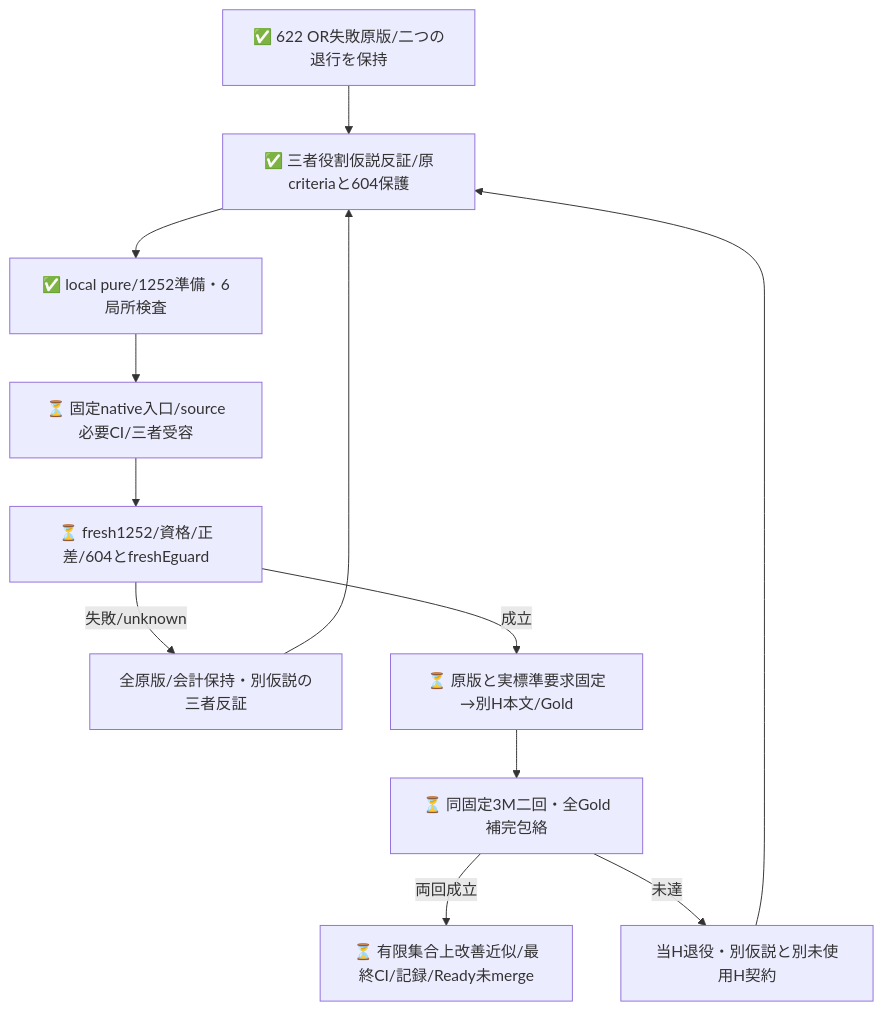
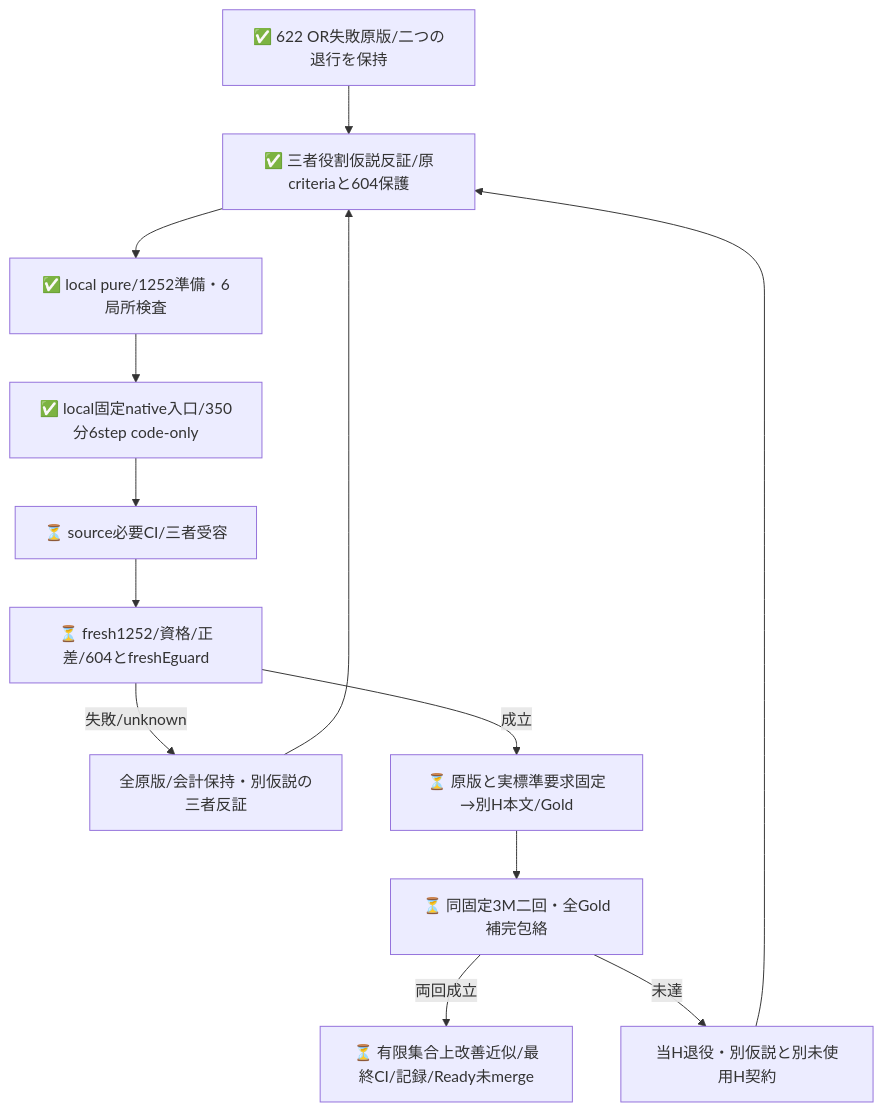
Before and after one commit to roccho-org/ops: the diagram in experiments/sys1-eval-loop/expectation-role/README.md, drawn with Mermaid. The commit also changed other lines of this file and 15 other files, not shown here.

````diff
--- a/experiments/sys1-eval-loop/expectation-role/README.md
+++ b/experiments/sys1-eval-loop/expectation-role/README.md
@@ -13,14 +13,15 @@
 ```mermaid
 flowchart TB
   A[✅ 622 OR失敗原版/二つの退行を保持] --> B[✅ 三者役割仮説反証/原criteriaと604保護]
   B --> C[✅ local pure/1252準備・6局所検査]
-  C --> D[⏳ 固定native入口/source必要CI/三者受容]
+  C --> N[✅ local固定native入口/350分6step code-only]
+  N --> D[⏳ source必要CI/三者受容]
   D --> E[⏳ fresh1252/資格/正差/604とfreshEguard]
   E -->|失敗/unknown| F[全原版/会計保持・別仮説の三者反証]
   F --> B
   E -->|成立| G[⏳ 原版と実標準要求固定→別H本文/Gold]
   G --> H[⏳ 同固定3M二回・全Gold補完包絡]
   H -->|両回成立| I[⏳ 有限集合上改善近似/最終CI/記録/Ready未merge]
   H -->|未達| J[当H退役・別仮説と別未使用H契約]
   J --> B
 ```
````
